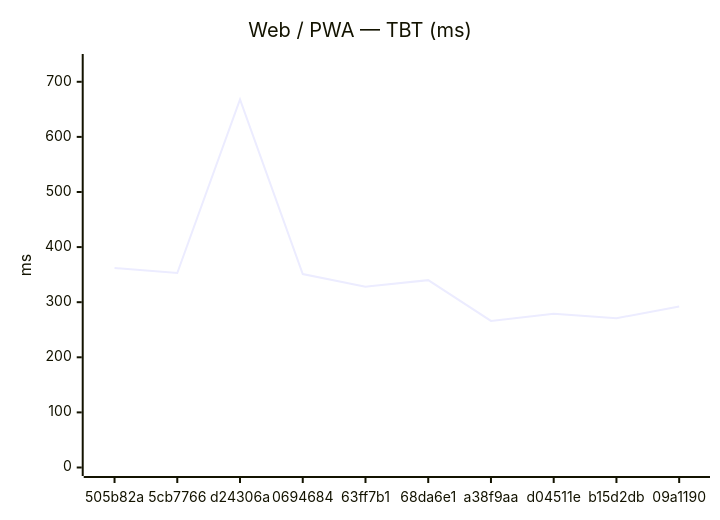
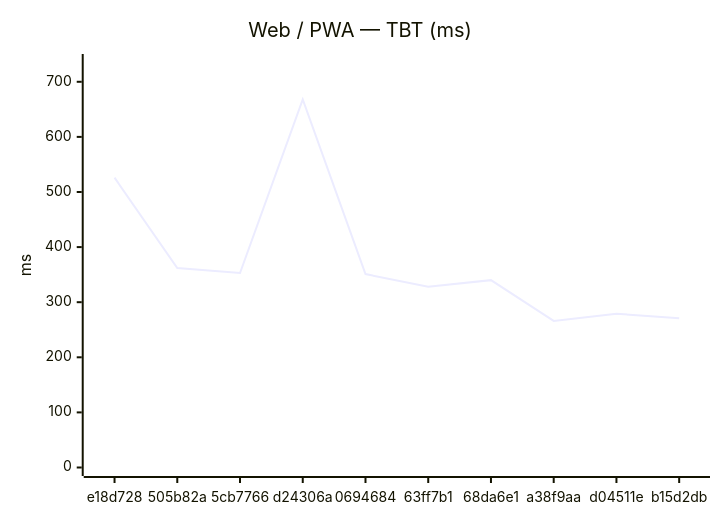
The second of 18 diagrams in benchmarks/compare.md (Metaheurist/Rianell), drawn with Mermaid before and after one commit. The commit also changed other lines of this file and 11 other files, not shown here.

````diff
--- a/benchmarks/compare.md
+++ b/benchmarks/compare.md
@@ -31,7 +31,7 @@
 ```mermaid
 xychart-beta
     title "Web / PWA — TBT (ms)"
-    x-axis ["505b82a", "5cb7766", "d24306a", "0694684", "63ff7b1", "68da6e1", "a38f9aa", "d04511e", "b15d2db", "09a1190"]
+    x-axis ["e18d728", "505b82a", "5cb7766", "d24306a", "0694684", "63ff7b1", "68da6e1", "a38f9aa", "d04511e", "b15d2db"]
     y-axis "ms" 0 --> 735
-    line [362, 353, 668, 351, 328, 340, 266, 279, 271, 292]
+    line [526, 362, 353, 668, 351, 328, 340, 266, 279, 271]
 ```
````
